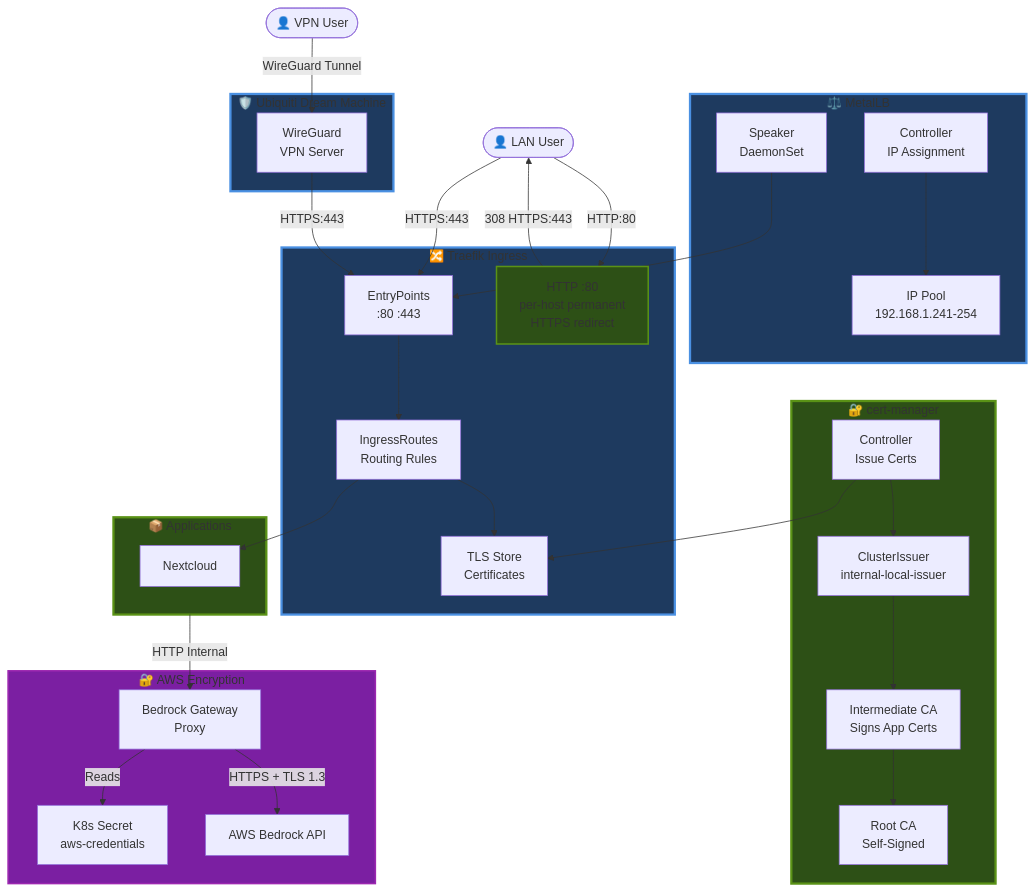
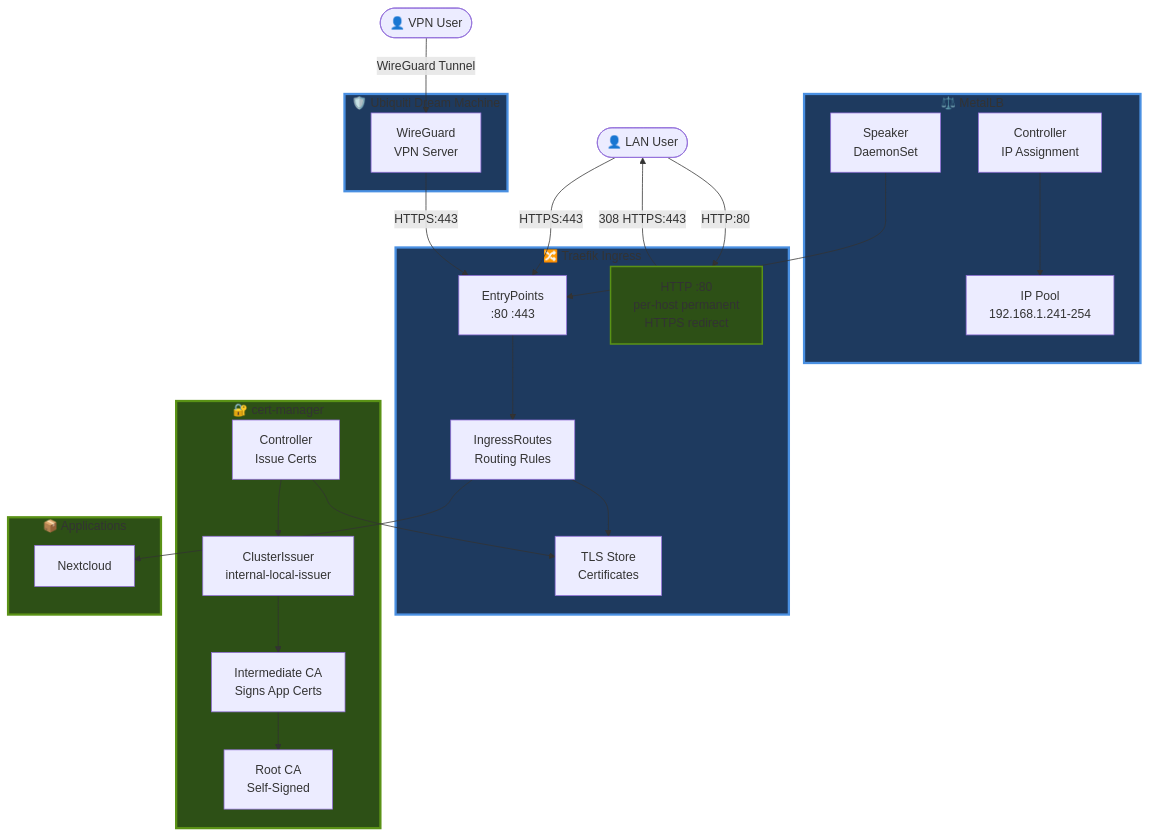
One commit to seadogger-tech/seadogger-homelab changed the diagram in docs/wiki/07-Networking-and-Ingress.md. Above: the diagram before and after it, drawn with Mermaid. The commit also changed other lines of this file and 3 other files, not shown here.

First line of the commit message:
Retire Bedrock gateway, OpenWebUI, Hermes and its helpers (OCE-101)

````diff
--- a/docs/wiki/07-Networking-and-Ingress.md
+++ b/docs/wiki/07-Networking-and-Ingress.md
@@ -60,69 +58,58 @@
 ```mermaid
 graph TB
     LAN([👤 LAN User])
     VPN([👤 VPN User])
 
     subgraph UDM["🛡️ Ubiquiti Dream Machine"]
         WG[WireGuard<br/>VPN Server]
     end
 
     subgraph MetalLB["⚖️ MetalLB"]
         Speaker[Speaker<br/>DaemonSet]
         Controller[Controller<br/>IP Assignment]
         IPPool[IP Pool<br/>192.168.1.241-254]
     end
 
     subgraph Traefik["🔀 Traefik Ingress"]
         EntryPoint[EntryPoints<br/>:80 :443]
         Router[IngressRoutes<br/>Routing Rules]
         TLSStore[TLS Store<br/>Certificates]
         Redirect[HTTP :80<br/>per-host permanent<br/>HTTPS redirect]
     end
 
     subgraph CertManager["🔐 cert-manager"]
         CMController[Controller<br/>Issue Certs]
         Issuer[ClusterIssuer<br/>internal-local-issuer]
         RootCA[Root CA<br/>Self-Signed]
         IntermediateCA[Intermediate CA<br/>Signs App Certs]
     end
 
     subgraph Apps["📦 Applications"]
         Nextcloud[Nextcloud]
     end
 
-    subgraph Encryption["🔐 AWS Encryption"]
-        Secret[K8s Secret<br/>aws-credentials]
-        BG[Bedrock Gateway<br/>Proxy]
-        AWS[AWS Bedrock API]
-    end
-
     LAN -->|HTTPS:443| EntryPoint
     LAN -->|HTTP:80| Redirect
     Redirect -->|308 HTTPS:443| LAN
     VPN -->|WireGuard Tunnel| WG
     WG -->|HTTPS:443| EntryPoint
 
     Controller --> IPPool
     Speaker --> EntryPoint
 
     EntryPoint --> Router
     Router --> TLSStore
     Router --> Nextcloud
 
     CMController --> Issuer
     Issuer --> IntermediateCA
     IntermediateCA --> RootCA
     CMController --> TLSStore
 
-    Apps -->|HTTP Internal| BG
-    BG -->|Reads| Secret
-    BG -->|HTTPS + TLS 1.3| AWS
-
     style UDM fill:#1e3a5f,stroke:#4a90e2,stroke-width:3px
     style MetalLB fill:#1e3a5f,stroke:#4a90e2,stroke-width:3px
     style Traefik fill:#1e3a5f,stroke:#4a90e2,stroke-width:3px
     style CertManager fill:#2d5016,stroke:#5a9216,stroke-width:3px
     style Apps fill:#2d5016,stroke:#5a9216,stroke-width:3px
-    style Encryption fill:#7b1fa2,stroke:#9c27b0,stroke-width:2px
     style Redirect fill:#2d5016,stroke:#5a9216,stroke-width:2px
 ```
````
